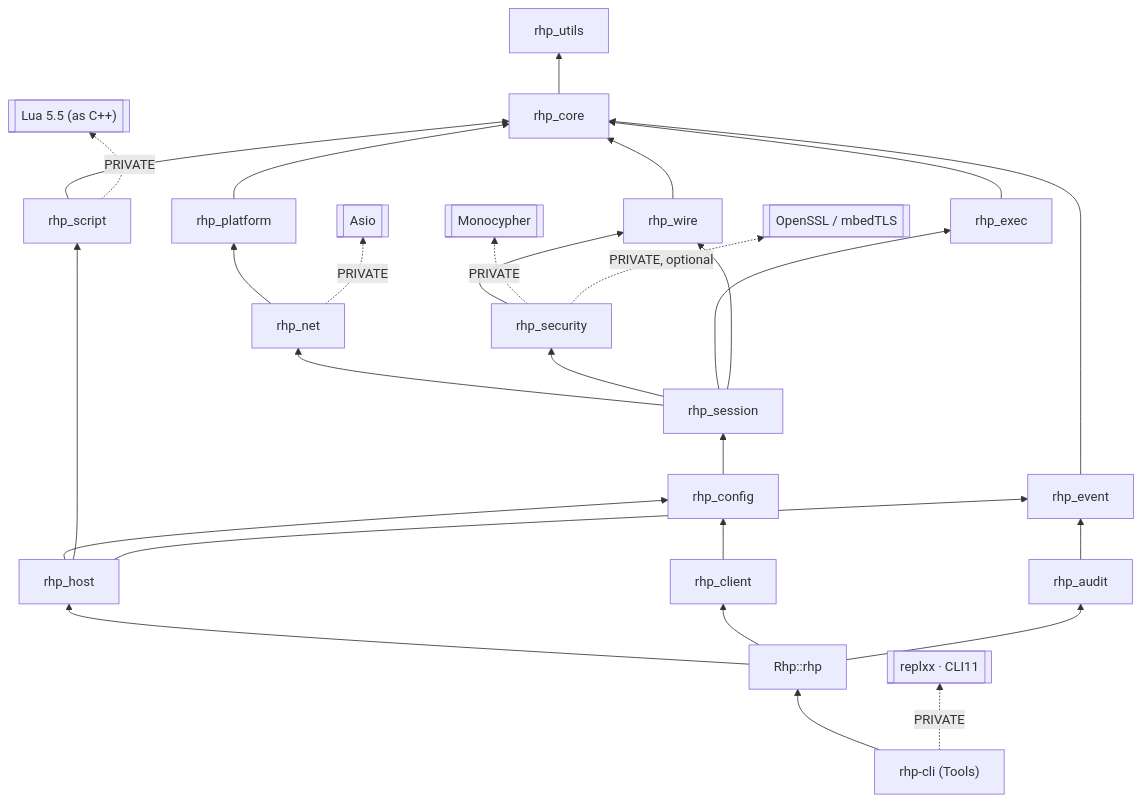
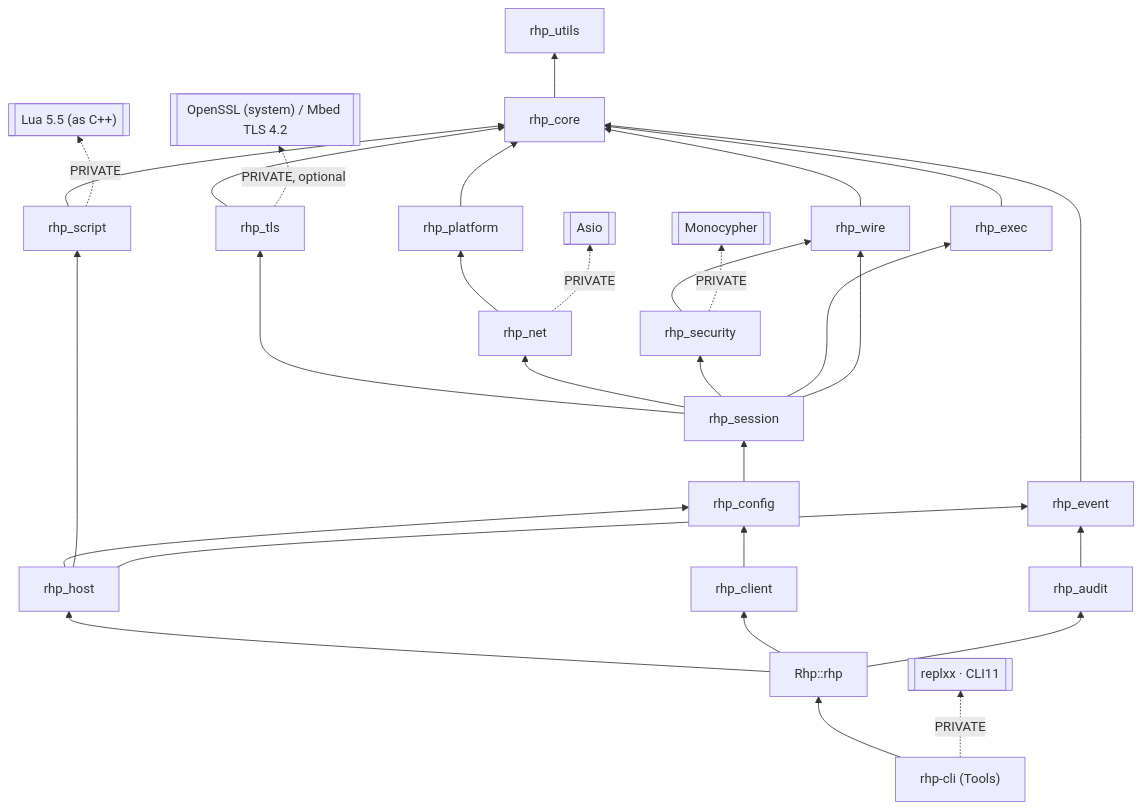
One commit to tonytranrp/RHP changed diagram 13 of 15 in Docs/ARCHITECTURE.md. Above: the diagram before and after it, drawn with Mermaid. The commit also changed other lines of this file and 22 other files, not shown here.

````diff
--- a/Docs/ARCHITECTURE.md
+++ b/Docs/ARCHITECTURE.md
@@ -928,31 +932,33 @@
 ```mermaid
 flowchart BT
     utils["rhp_utils"]
     core["rhp_core"] --> utils
     platform["rhp_platform"] --> core
     wire["rhp_wire"] --> core
     script["rhp_script"] --> core
     script -. PRIVATE .-> lua[["Lua 5.5 (as C++)"]]
     net["rhp_net"] --> platform
     net -. PRIVATE .-> asio[["Asio"]]
     sec["rhp_security"] --> wire
     sec -. PRIVATE .-> mono[["Monocypher"]]
-    sec -. PRIVATE, optional .-> tls[["OpenSSL / mbedTLS"]]
+    tlsmod["rhp_tls"] --> core
+    tlsmod -. PRIVATE, optional .-> tls[["OpenSSL (system) / Mbed TLS 4.2"]]
+    session --> tlsmod
     exec["rhp_exec"] --> core
     session["rhp_session"] --> net
     session --> sec
     session --> exec
     session --> wire
     config["rhp_config"] --> session
     host["rhp_host"] --> config
     host --> script
     event["rhp_event"] --> core
     audit["rhp_audit"] --> event
     host --> event
     client["rhp_client"] --> config
     rhp["Rhp::rhp"] --> host
     rhp --> client
     rhp --> audit
     cli["rhp-cli (Tools)"] --> rhp
     cli -. PRIVATE .-> rx[["replxx · CLI11"]]
 ```
````
